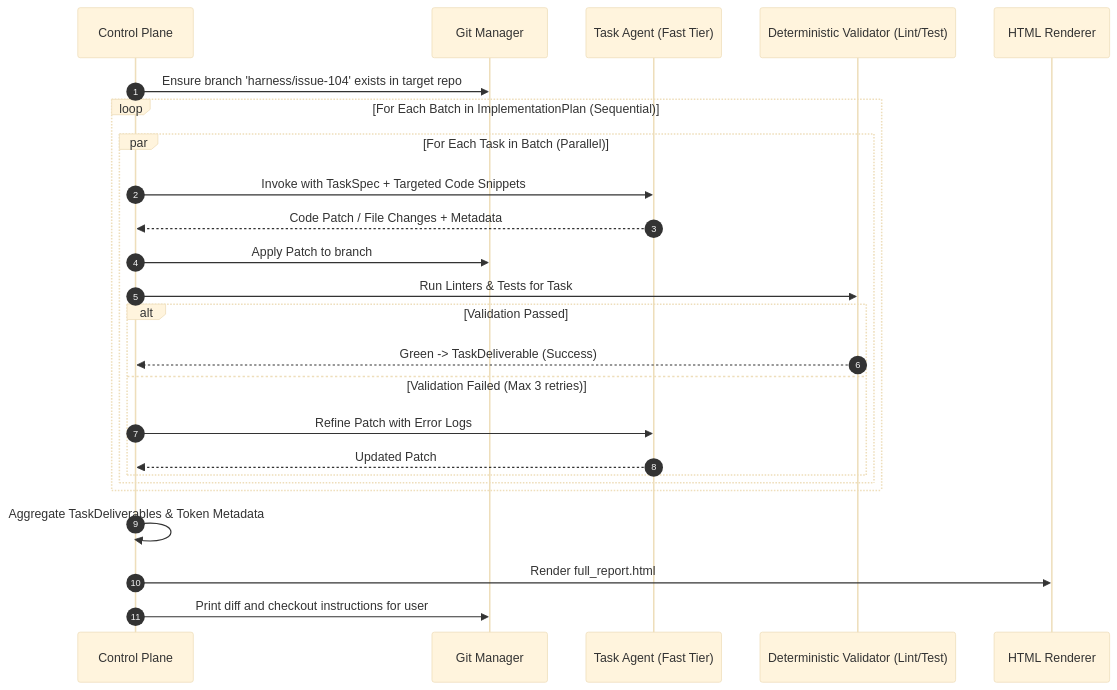
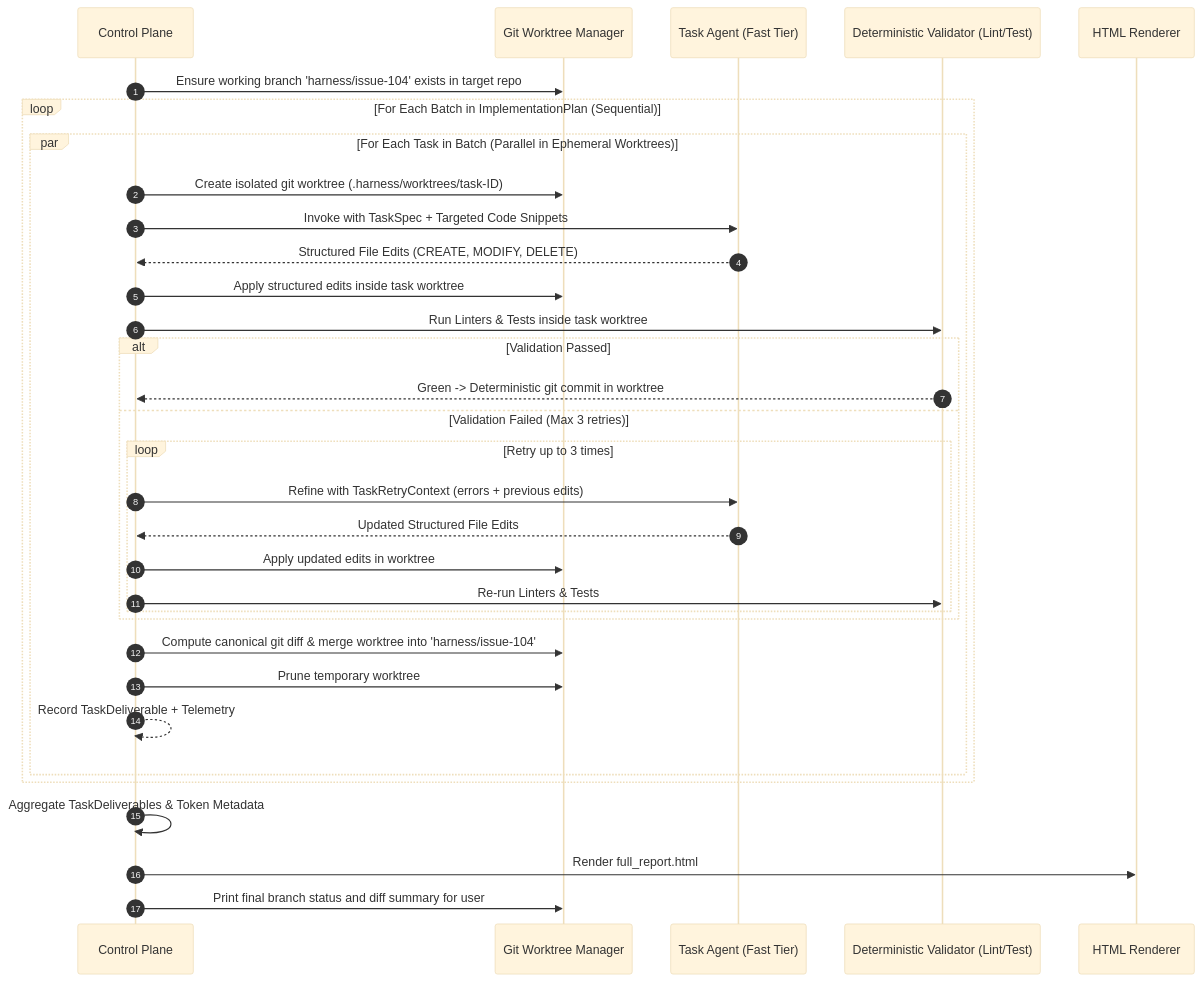
Before and after one commit to joellis13/hermetic-pure-function-dag-coding-harness: the third of 3 diagrams in ProjectOutline.md, drawn with Mermaid (base theme). The commit also changed other lines of this file, not shown here.

````diff
--- a/ProjectOutline.md
+++ b/ProjectOutline.md
@@ -135,28 +160,36 @@
 ```mermaid
 sequenceDiagram
     autonumber
     participant CP as Control Plane
-    participant Git as Git Manager
+    participant Git as Git Worktree Manager
     participant LLM as Task Agent (Fast Tier)
     participant Val as Deterministic Validator (Lint/Test)
     participant Rend as HTML Renderer
 
-    CP->>Git: Ensure branch 'harness/issue-104' exists in target repo
+    CP->>Git: Ensure working branch 'harness/issue-104' exists in target repo
     loop For Each Batch in ImplementationPlan (Sequential)
-        par For Each Task in Batch (Parallel)
+        par For Each Task in Batch (Parallel in Ephemeral Worktrees)
+            CP->>Git: Create isolated git worktree (.harness/worktrees/task-ID)
             CP->>LLM: Invoke with TaskSpec + Targeted Code Snippets
-            LLM-->>CP: Code Patch / File Changes + Metadata
-            CP->>Git: Apply Patch to branch
-            CP->>Val: Run Linters & Tests for Task
+            LLM-->>CP: Structured File Edits (CREATE, MODIFY, DELETE)
+            CP->>Git: Apply structured edits inside task worktree
+            CP->>Val: Run Linters & Tests inside task worktree
             alt Validation Passed
-                Val-->>CP: Green -> TaskDeliverable (Success)
+                Val-->>CP: Green -> Deterministic git commit in worktree
             else Validation Failed (Max 3 retries)
-                CP->>LLM: Refine Patch with Error Logs
-                LLM-->>CP: Updated Patch
+                loop Retry up to 3 times
+                    CP->>LLM: Refine with TaskRetryContext (errors + previous edits)
+                    LLM-->>CP: Updated Structured File Edits
+                    CP->>Git: Apply updated edits in worktree
+                    CP->>Val: Re-run Linters & Tests
+                end
             end
+            CP->>Git: Compute canonical git diff & merge worktree into 'harness/issue-104'
+            CP->>Git: Prune temporary worktree
+            CP-->>CP: Record TaskDeliverable + Telemetry
         end
     end
     CP->>CP: Aggregate TaskDeliverables & Token Metadata
     CP->>Rend: Render full_report.html
-    CP->>Git: Print diff and checkout instructions for user
+    CP->>Git: Print final branch status and diff summary for user
 ```
````
